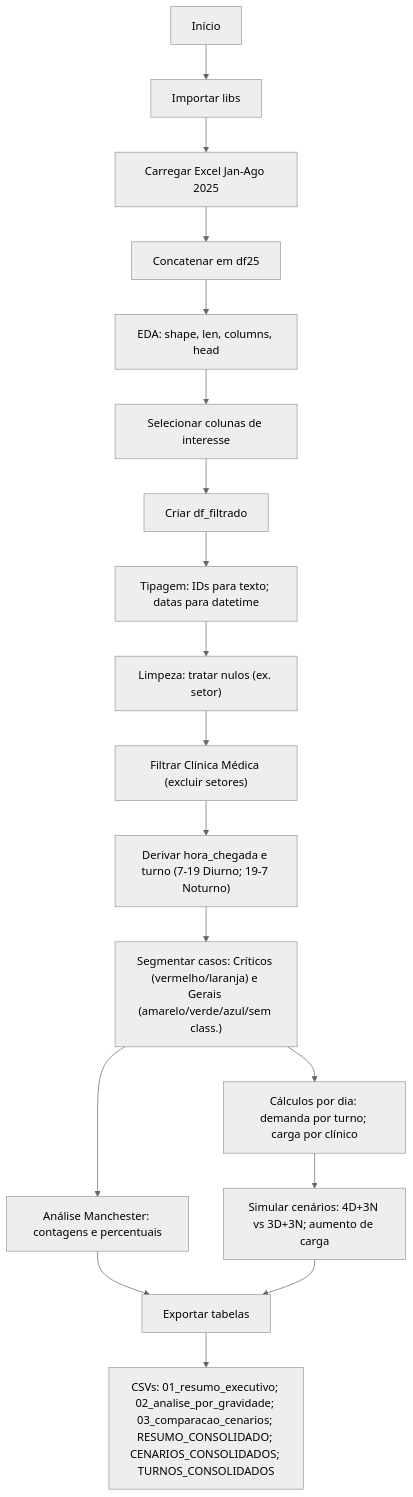
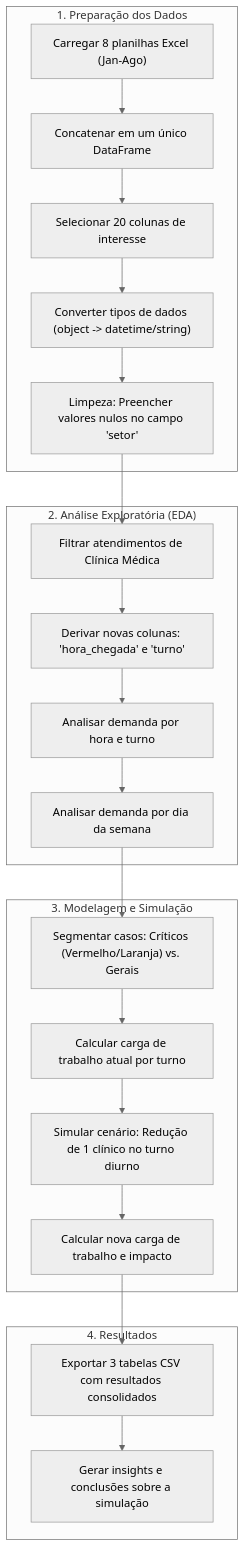
One commit to diogene5/analise-agosto25 changed the diagram in README.md. Above: the diagram before and after it, drawn with Mermaid (neutral theme). The commit also changed other lines of this file, not shown here.

Commit message:
docs: Finaliza a documentação do projeto no README

````diff
--- a/README.md
+++ b/README.md
@@ -7,20 +26,28 @@
 ```mermaid
 graph TD
-  A["Início"] --> B["Importar libs"]
-  B --> C["Carregar Excel Jan-Ago 2025"]
-  C --> D["Concatenar em df25"]
-  D --> E["EDA: shape, len, columns, head"]
-  E --> F["Selecionar colunas de interesse"]
-  F --> G["Criar df_filtrado"]
-  G --> H["Tipagem: IDs para texto; datas para datetime"]
-  H --> I["Limpeza: tratar nulos (ex. setor)"]
-  I --> J["Filtrar Clínica Médica (excluir setores)"]
-  J --> K["Derivar hora_chegada e turno (7-19 Diurno; 19-7 Noturno)"]
-  K --> L["Segmentar casos: Críticos (vermelho/laranja) e Gerais (amarelo/verde/azul/sem class.)"]
-  L --> M["Cálculos por dia: demanda por turno; carga por clínico"]
-  L --> N["Análise Manchester: contagens e percentuais"]
-  M --> O["Simular cenários: 4D+3N vs 3D+3N; aumento de carga"]
-  N --> P["Exportar tabelas"]
-  O --> P
-  P --> Q["CSVs: 01_resumo_executivo; 02_analise_por_gravidade; 03_comparacao_cenarios; RESUMO_CONSOLIDADO; CENARIOS_CONSOLIDADOS; TURNOS_CONSOLIDADOS"]
+    subgraph "1. Preparação dos Dados"
+        A["Carregar 8 planilhas Excel (Jan-Ago)"] --> B["Concatenar em um único DataFrame"];
+        B --> C["Selecionar 20 colunas de interesse"];
+        C --> D["Converter tipos de dados (object -> datetime/string)"];
+        D --> E["Limpeza: Preencher valores nulos no campo 'setor'"];
+    end
+
+    subgraph "2. Análise Exploratória (EDA)"
+        E --> F["Filtrar atendimentos de Clínica Médica"];
+        F --> G["Derivar novas colunas: 'hora_chegada' e 'turno'"];
+        G --> H["Analisar demanda por hora e turno"];
+        H --> I["Analisar demanda por dia da semana"];
+    end
+
+    subgraph "3. Modelagem e Simulação"
+        I --> J["Segmentar casos: Críticos (Vermelho/Laranja) vs. Gerais"];
+        J --> K["Calcular carga de trabalho atual por turno"];
+        K --> L["Simular cenário: Redução de 1 clínico no turno diurno"];
+        L --> M["Calcular nova carga de trabalho e impacto"];
+    end
+
+    subgraph "4. Resultados"
+        M --> N["Exportar 3 tabelas CSV com resultados consolidados"];
+        N --> O["Gerar insights e conclusões sobre a simulação"];
+    end
 ```
````
